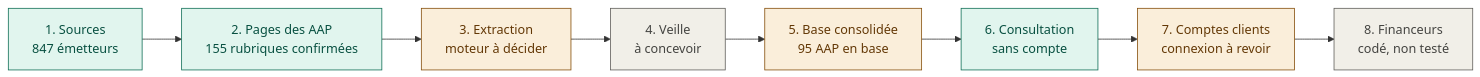
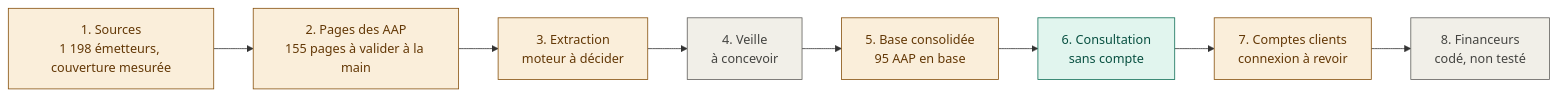
Before and after one commit to ducoutpy-lgtm/AAP: the diagram in docs/FEUILLE_DE_ROUTE.md, drawn with Mermaid. The commit also changed other lines of this file and 54 other files, not shown here.

````diff
--- a/docs/FEUILLE_DE_ROUTE.md
+++ b/docs/FEUILLE_DE_ROUTE.md
@@ -7,18 +7,18 @@
 ```mermaid
 flowchart LR
     classDef fait fill:#E1F5EE,stroke:#0F6E56,color:#085041
     classDef encours fill:#FAEEDA,stroke:#854F0B,color:#633806
     classDef afaire fill:#F1EFE8,stroke:#5F5E5A,color:#444441
 
-    S1["1. Sources<br/>847 émetteurs"]:::fait
-    S2["2. Pages des AAP<br/>155 rubriques confirmées"]:::fait
+    S1["1. Sources<br/>1 198 émetteurs, couverture mesurée"]:::encours
+    S2["2. Pages des AAP<br/>155 pages à valider à la main"]:::encours
     S3["3. Extraction<br/>moteur à décider"]:::encours
     S4["4. Veille<br/>à concevoir"]:::afaire
     S5["5. Base consolidée<br/>95 AAP en base"]:::encours
     S6["6. Consultation<br/>sans compte"]:::fait
     S7["7. Comptes clients<br/>connexion à revoir"]:::encours
     S8["8. Financeurs<br/>codé, non testé"]:::afaire
 
     S1 --> S2 --> S3 --> S4
     S4 --> S5 --> S6 --> S7 --> S8
 ```
````
